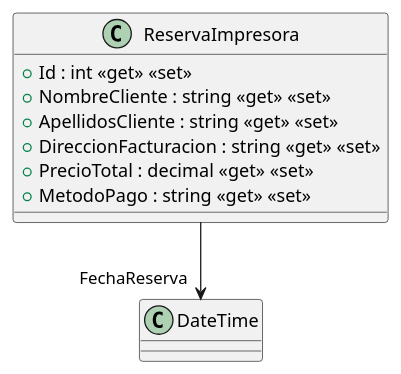
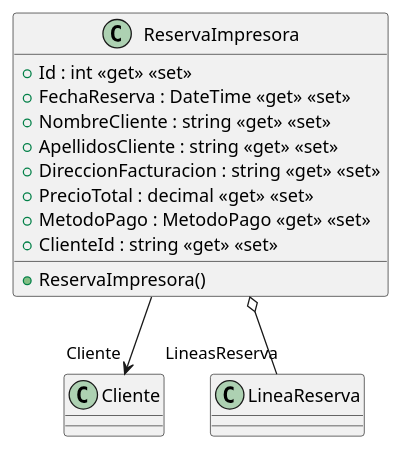
The diagram in src/AppForSEII.API/ClassDiagram/ReservaImpresora.puml (ISII2627Cazabichos/ISII2627Cazabichos), drawn with PlantUML before and after one commit. The commit also changed 4 other files, not shown here.

Commit message:
Añadir diagrama de clases de reservas

```diff
--- a/src/AppForSEII.API/ClassDiagram/ReservaImpresora.puml
+++ b/src/AppForSEII.API/ClassDiagram/ReservaImpresora.puml
@@ -1,11 +1,15 @@
 @startuml
 class ReservaImpresora {
+    + ReservaImpresora()
     + Id : int <<get>> <<set>>
+    + FechaReserva : DateTime <<get>> <<set>>
     + NombreCliente : string <<get>> <<set>>
     + ApellidosCliente : string <<get>> <<set>>
     + DireccionFacturacion : string <<get>> <<set>>
     + PrecioTotal : decimal <<get>> <<set>>
-    + MetodoPago : string <<get>> <<set>>
+    + MetodoPago : MetodoPago <<get>> <<set>>
+    + ClienteId : string <<get>> <<set>>
 }
-ReservaImpresora --> "FechaReserva" DateTime
+ReservaImpresora --> "Cliente" Cliente
+ReservaImpresora o-- "LineasReserva" LineaReserva
 @enduml
```
